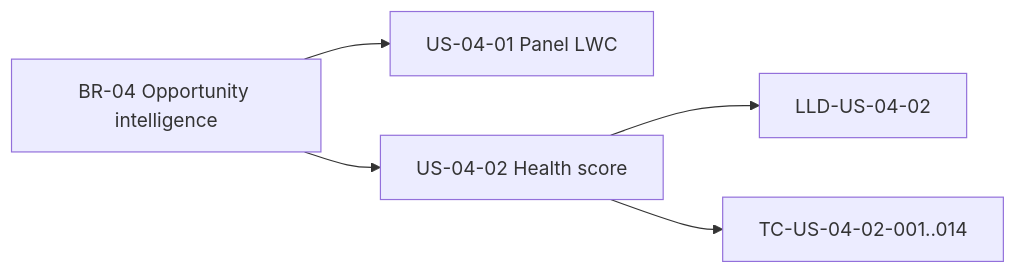
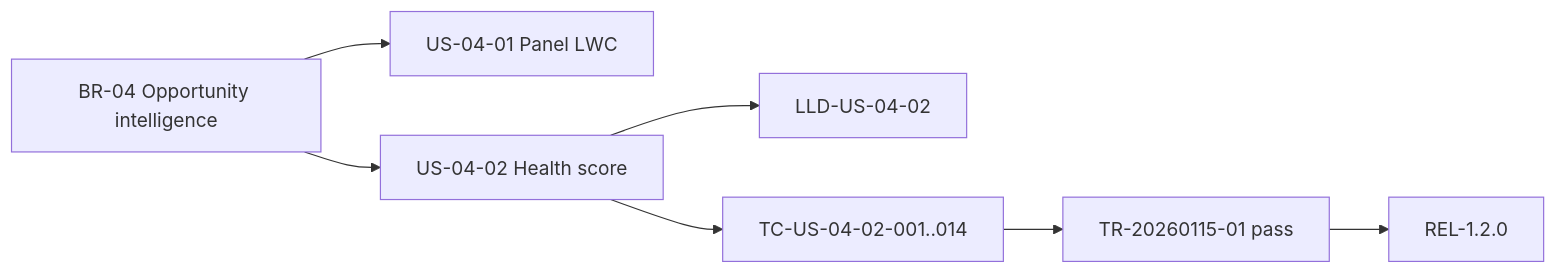
Before and after one commit to nagarroARBsf/Sf-skills-agents: the diagram in .claude/skills/sdlc-workflow/references/traceability-matrix.md, drawn with Mermaid. The commit also changed other lines of this file and 5983 other files, not shown here.

````diff
--- a/.claude/skills/sdlc-workflow/references/traceability-matrix.md
+++ b/.claude/skills/sdlc-workflow/references/traceability-matrix.md
@@ -38,7 +56,9 @@
 ```mermaid
 flowchart LR
     BR04["BR-04 Opportunity intelligence"] --> US0401["US-04-01 Panel LWC"]
     BR04 --> US0402["US-04-02 Health score"]
     US0402 --> LLD0402["LLD-US-04-02"]
     US0402 --> TC0402["TC-US-04-02-001..014"]
+    TC0402 --> TR01["TR-20260115-01 pass"]
+    TR01 --> REL["REL-1.2.0"]
 ```
````
